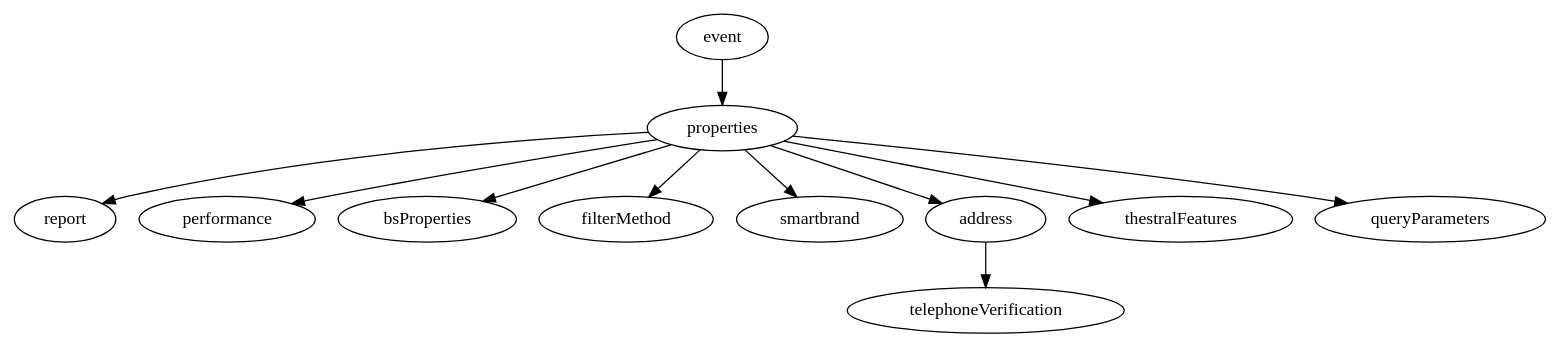
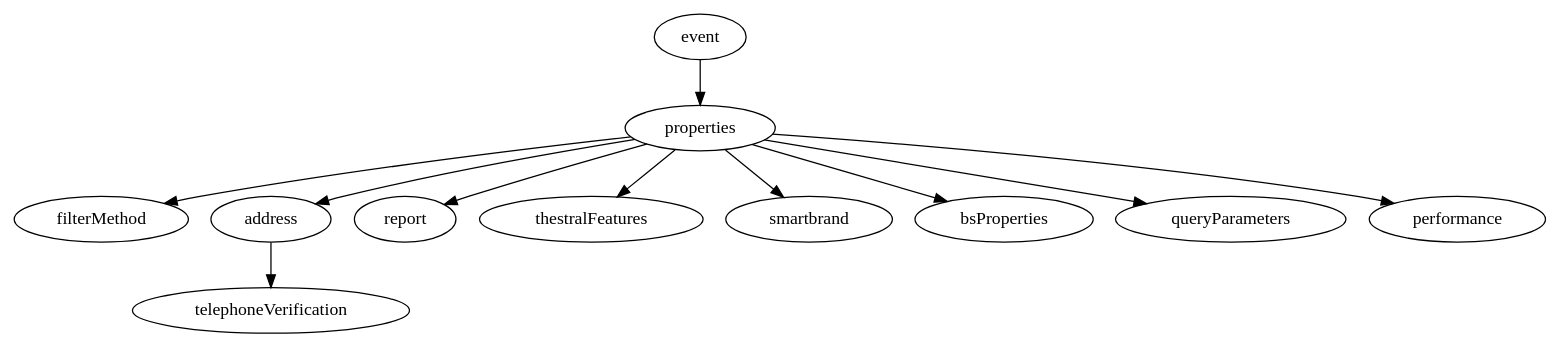
Before and after one commit to maiden7705/boxed-assignment-demo-1: the diagram in Requirement/json_tree.gv, drawn with Graphviz. The commit also changed other lines of this file, not shown here.

```diff
--- a/Requirement/json_tree.gv
+++ b/Requirement/json_tree.gv
@@ -1,12 +1,12 @@
 digraph G {
+	event -> properties
+	properties -> filterMethod
+	address -> telephoneVerification
 	properties -> report
-	properties -> performance
+	properties -> thestralFeatures
+	properties -> smartbrand
 	properties -> bsProperties
-	properties -> filterMethod
-	properties -> smartbrand
-	address -> telephoneVerification
-	event -> properties
-	properties -> thestralFeatures
 	properties -> address
 	properties -> queryParameters
+	properties -> performance
 }
```
